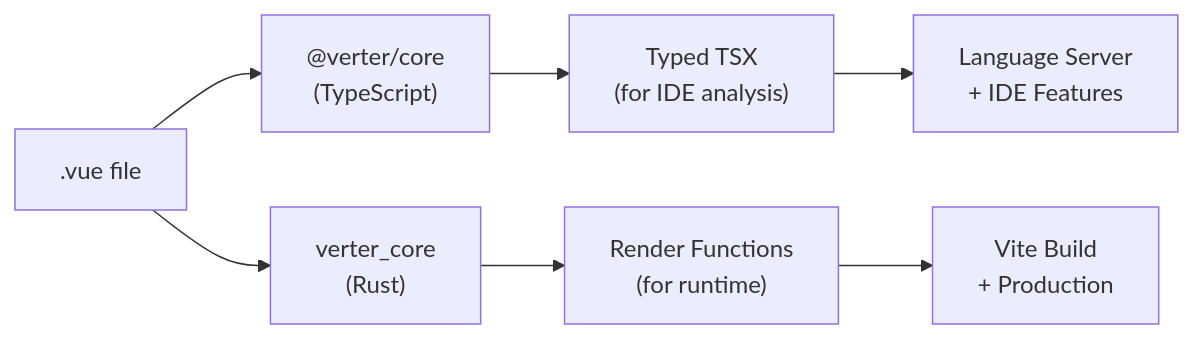
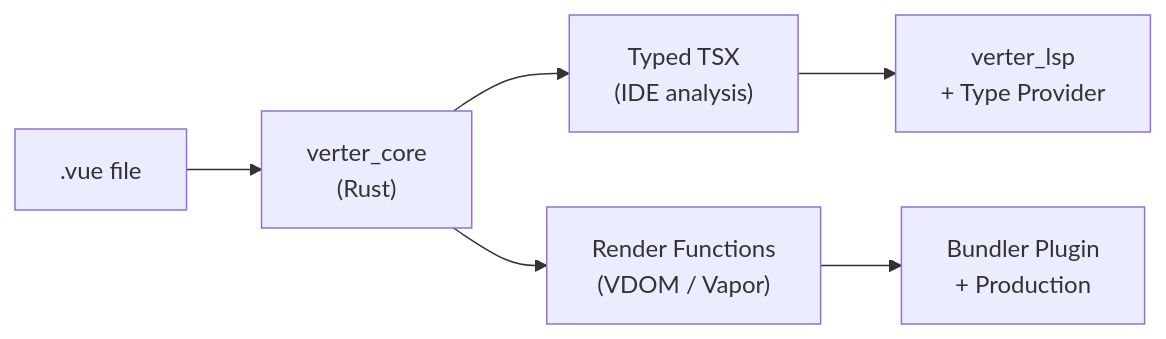
Before and after one commit to pikax/verter: the second of 2 diagrams in readme.md, drawn with Mermaid. The commit also changed other lines of this file and 1291 other files, not shown here.

````diff
--- a/readme.md
+++ b/readme.md
@@ -183,9 +207,8 @@
 ```mermaid
 flowchart LR
-    SFC[".vue file"] --> TSCore["@verter/core<br/>(TypeScript)"]
-    SFC --> RustCompiler["verter_core<br/>(Rust)"]
-    TSCore --> TSX["Typed TSX<br/>(for IDE analysis)"]
-    RustCompiler --> Render["Render Functions<br/>(for runtime)"]
-    TSX --> LSP["Language Server<br/>+ IDE Features"]
-    Render --> Vite["Vite Build<br/>+ Production"]
+    SFC[".vue file"] --> Compiler["verter_core<br/>(Rust)"]
+    Compiler --> IDE["Typed TSX<br/>(IDE analysis)"]
+    Compiler --> Runtime["Render Functions<br/>(VDOM / Vapor)"]
+    IDE --> LSP["verter_lsp<br/>+ Type Provider"]
+    Runtime --> Bundler["Bundler Plugin<br/>+ Production"]
 ```
````
